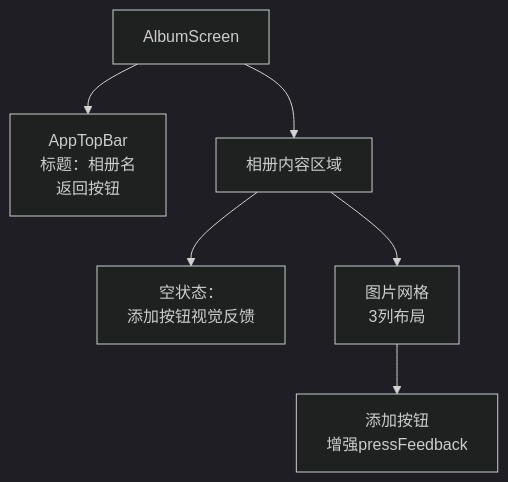
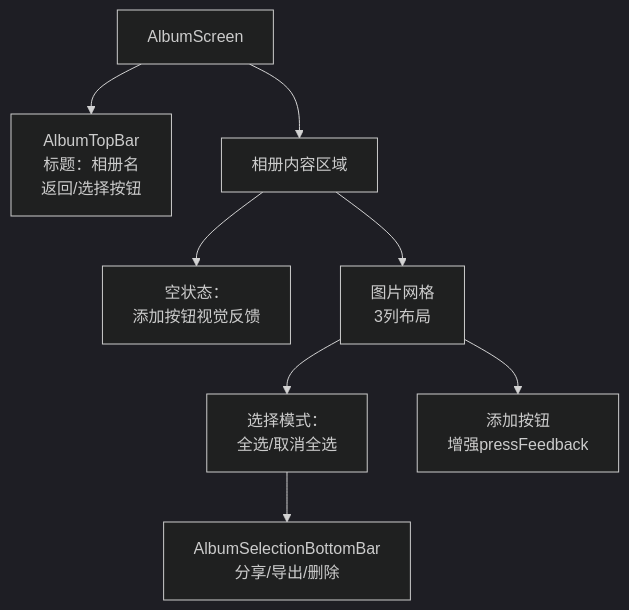
Before and after one commit to wanhongbo/ai-photo-vault: diagram 12 of 13 in .qoder/repowiki/zh/content/UI组件系统/UI组件系统.md, drawn with Mermaid (dark theme). The commit also changed other lines of this file and 22 other files, not shown here.

````diff
--- a/.qoder/repowiki/zh/content/UI组件系统/UI组件系统.md
+++ b/.qoder/repowiki/zh/content/UI组件系统/UI组件系统.md
@@ -343,8 +590,10 @@
 ```mermaid
 flowchart TD
-AlbumScreen["AlbumScreen"] --> TopBar["AppTopBar<br/>标题：相册名<br/>返回按钮"]
+AlbumScreen["AlbumScreen"] --> TopBar["AlbumTopBar<br/>标题：相册名<br/>返回/选择按钮"]
 AlbumScreen --> Content["相册内容区域"]
 Content --> EmptyState["空状态：<br/>添加按钮视觉反馈"]
 Content --> Grid["图片网格<br/>3列布局"]
+Grid --> SelectMode["选择模式：<br/>全选/取消全选"]
+SelectMode --> BottomBar["AlbumSelectionBottomBar<br/>分享/导出/删除"]
 Grid --> AddButton["添加按钮<br/>增强pressFeedback"]
 ```
````
